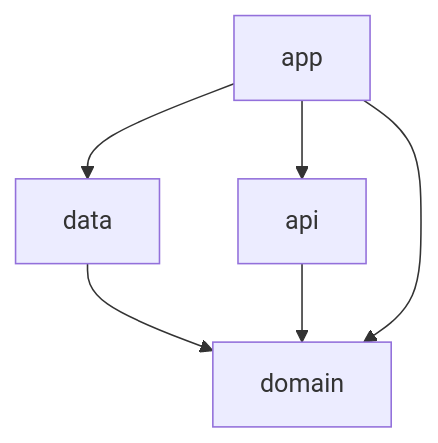
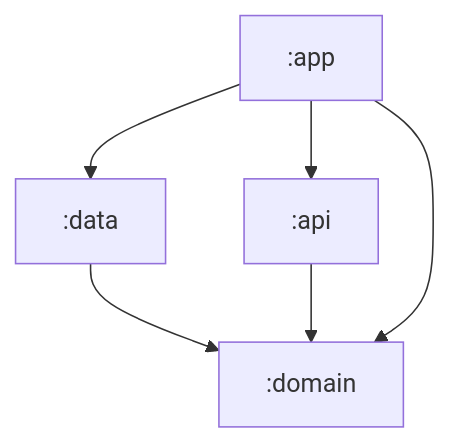
The diagram in README.md (BHarris02/sasd-detection-tool-api), drawn with Mermaid before and after one commit.

Commit message:
update dependency graph

````diff
--- a/README.md
+++ b/README.md
@@ -12,9 +12,9 @@
 ```mermaid
 graph TD
-    domain
-    data --> domain
-    api --> domain
-    app --> domain
-    app --> api
-    app --> data
+    :domain
+    :data --> :domain
+    :api --> :domain
+    :app --> :domain
+    :app --> :api
+    :app --> :data
 ```
````
